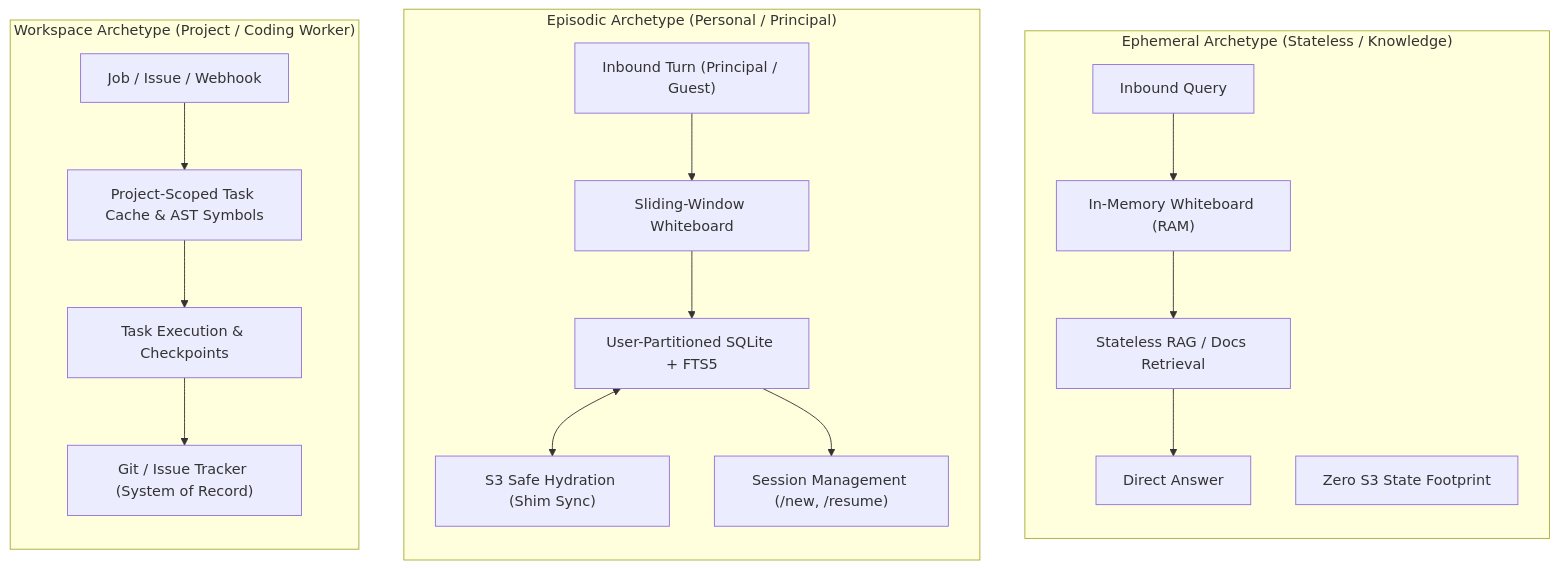
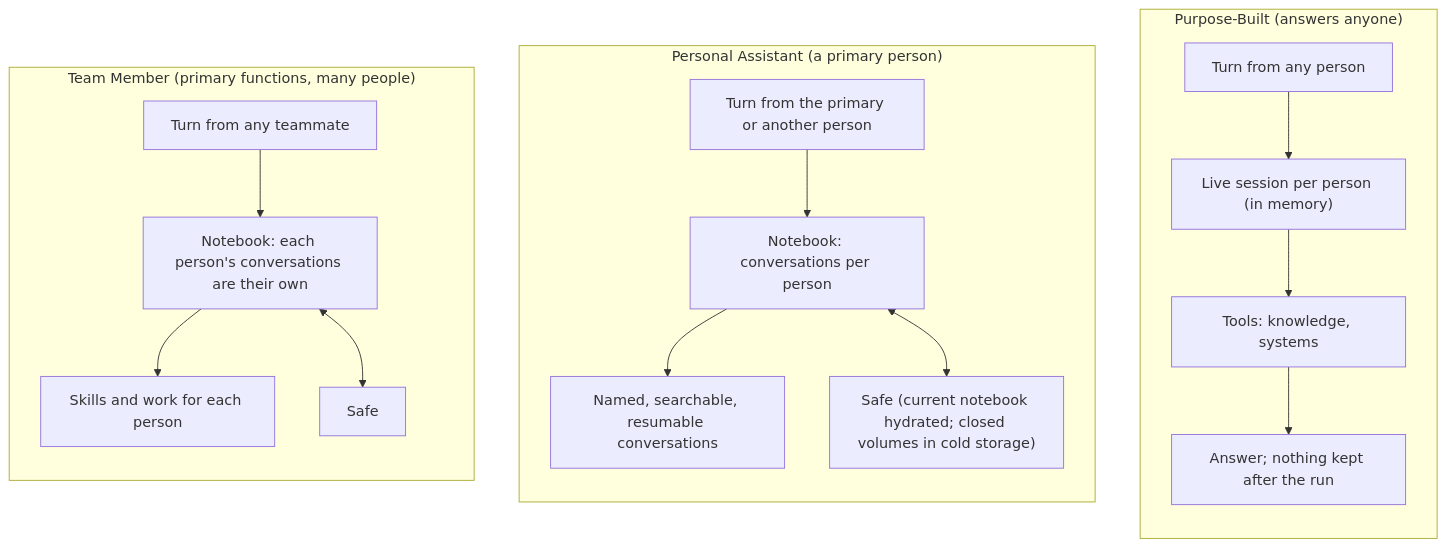
Before and after one commit to BeerCanLabs/agent-factory: the first of 4 diagrams in docs/architecture/agent-memory-models.md, drawn with Mermaid. The commit also changed other lines of this file and 1 other file, not shown here.

First line of the commit message:
docs(memory): the agent memory guide describes AM1-AM5 (GAP-179, TSK-247)

````diff
--- a/docs/architecture/agent-memory-models.md
+++ b/docs/architecture/agent-memory-models.md
@@ -25,25 +25,23 @@
 ```mermaid
 flowchart TD
-    subgraph Ephemeral["Ephemeral Archetype (Stateless / Knowledge)"]
+    subgraph PB["Purpose-Built (answers anyone)"]
         direction TB
-        T1_In["Inbound Query"] --> T1_WB["In-Memory Whiteboard (RAM)"]
-        T1_WB --> T1_RAG["Stateless RAG / Docs Retrieval"]
-        T1_RAG --> T1_Out["Direct Answer"]
-        T1_Sync["Zero S3 State Footprint"]
+        PB_In["Turn from any person"] --> PB_WB["Live session per person (in memory)"]
+        PB_WB --> PB_Tools["Tools: knowledge, systems"]
+        PB_Tools --> PB_Out["Answer; nothing kept after the run"]
     end
 
-    subgraph Episodic["Episodic Archetype (Personal / Principal)"]
+    subgraph PA["Personal Assistant (a primary person)"]
         direction TB
-        T2_In["Inbound Turn (Principal / Guest)"] --> T2_WB["Sliding-Window Whiteboard"]
-        T2_WB --> T2_NB["User-Partitioned SQLite + FTS5"]
-        T2_NB <--> T2_Safe["S3 Safe Hydration (Shim Sync)"]
-        T2_NB --> T2_Intents["Session Management (/new, /resume)"]
+        PA_In["Turn from the primary or another person"] --> PA_NB["Notebook: conversations per person"]
+        PA_NB --> PA_Named["Named, searchable, resumable conversations"]
+        PA_NB <--> PA_Safe["Safe (current notebook hydrated; closed volumes in cold storage)"]
     end
 
-    subgraph Workspace["Workspace Archetype (Project / Coding Worker)"]
+    subgraph TM["Team Member (primary functions, many people)"]
         direction TB
-        T3_In["Job / Issue / Webhook"] --> T3_Scratch["Project-Scoped Task Cache & AST Symbols"]
-        T3_Scratch --> T3_Queue["Task Execution & Checkpoints"]
-        T3_Queue --> T3_SoR["Git / Issue Tracker (System of Record)"]
+        TM_In["Turn from any teammate"] --> TM_NB["Notebook: each person's conversations are their own"]
+        TM_NB --> TM_Work["Skills and work for each person"]
+        TM_NB <--> TM_Safe["Safe"]
     end
 ```
````
